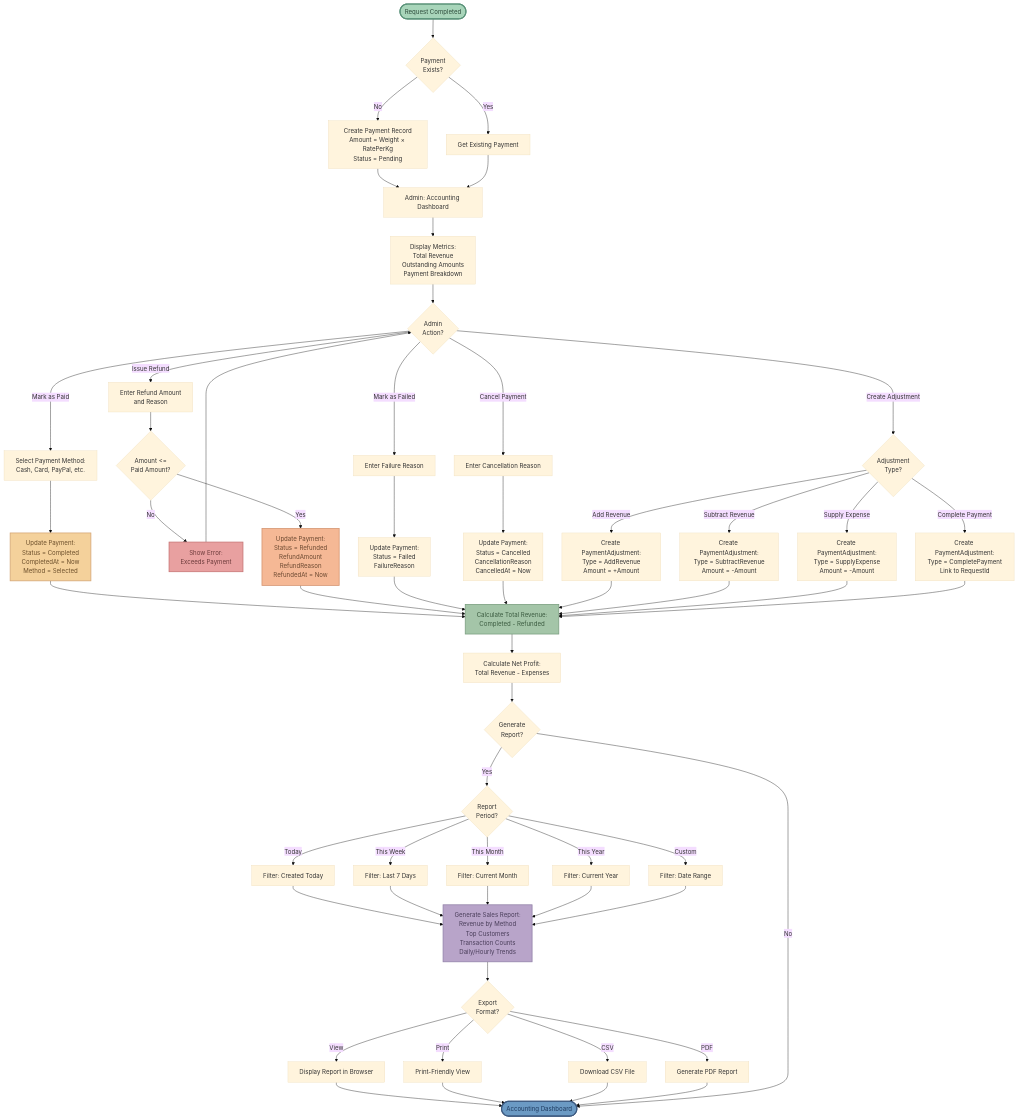
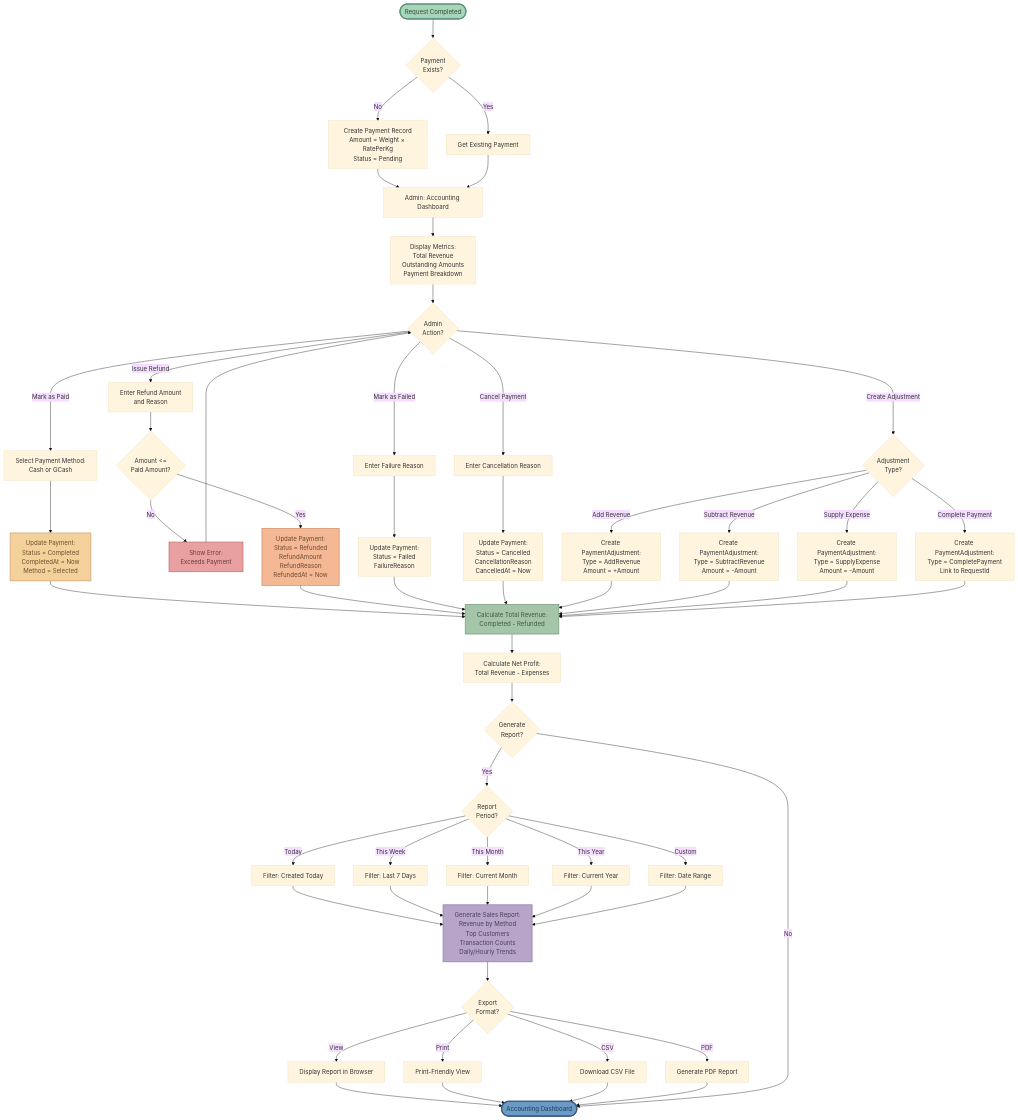
Before and after one commit to lavenderblue2/laundry-robot: diagram 16 of 19 in ALGORITHMS.md, drawn with Mermaid (base theme). The commit also changed other lines of this file and 2 other files, not shown here.

Commit message:
Update payment methods to Cash and GCash only

````diff
--- a/ALGORITHMS.md
+++ b/ALGORITHMS.md
@@ -885,81 +885,81 @@
 ```mermaid
 flowchart TD
     Start([Request Completed]) --> CheckPayment{Payment<br/>Exists?}
 
     CheckPayment -->|No| CreatePayment[Create Payment Record<br/>Amount = Weight × RatePerKg<br/>Status = Pending]
     CheckPayment -->|Yes| GetPayment[Get Existing Payment]
 
     CreatePayment --> PaymentDashboard[Admin: Accounting Dashboard]
     GetPayment --> PaymentDashboard
 
     PaymentDashboard --> ShowMetrics[Display Metrics:<br/>Total Revenue<br/>Outstanding Amounts<br/>Payment Breakdown]
 
     ShowMetrics --> AdminAction{Admin<br/>Action?}
 
-    AdminAction -->|Mark as Paid| SelectMethod[Select Payment Method:<br/>Cash, Card, PayPal, etc.]
+    AdminAction -->|Mark as Paid| SelectMethod[Select Payment Method:<br/>Cash or GCash]
     SelectMethod --> RecordPayment[Update Payment:<br/>Status = Completed<br/>CompletedAt = Now<br/>Method = Selected]
 
     AdminAction -->|Issue Refund| EnterRefund[Enter Refund Amount<br/>and Reason]
     EnterRefund --> ValidateRefund{Amount <=<br/>Paid Amount?}
     ValidateRefund -->|No| RefundError[Show Error:<br/>Exceeds Payment]
     ValidateRefund -->|Yes| ProcessRefund[Update Payment:<br/>Status = Refunded<br/>RefundAmount<br/>RefundReason<br/>RefundedAt = Now]
 
     AdminAction -->|Mark as Failed| EnterFailReason[Enter Failure Reason]
     EnterFailReason --> MarkFailed[Update Payment:<br/>Status = Failed<br/>FailureReason]
 
     AdminAction -->|Cancel Payment| EnterCancelReason[Enter Cancellation Reason]
     EnterCancelReason --> MarkCancelled[Update Payment:<br/>Status = Cancelled<br/>CancellationReason<br/>CancelledAt = Now]
 
     AdminAction -->|Create Adjustment| SelectAdjType{Adjustment<br/>Type?}
     SelectAdjType -->|Add Revenue| AddRevenue[Create PaymentAdjustment:<br/>Type = AddRevenue<br/>Amount = +Amount]
     SelectAdjType -->|Subtract Revenue| SubRevenue[Create PaymentAdjustment:<br/>Type = SubtractRevenue<br/>Amount = -Amount]
     SelectAdjType -->|Supply Expense| AddExpense[Create PaymentAdjustment:<br/>Type = SupplyExpense<br/>Amount = -Amount]
     SelectAdjType -->|Complete Payment| CompleteAdjustment[Create PaymentAdjustment:<br/>Type = CompletePayment<br/>Link to RequestId]
 
     RecordPayment --> UpdateRevenue[Calculate Total Revenue:<br/>Completed - Refunded]
     ProcessRefund --> UpdateRevenue
     MarkFailed --> UpdateRevenue
     MarkCancelled --> UpdateRevenue
     AddRevenue --> UpdateRevenue
     SubRevenue --> UpdateRevenue
     AddExpense --> UpdateRevenue
     CompleteAdjustment --> UpdateRevenue
 
     UpdateRevenue --> CalcProfit[Calculate Net Profit:<br/>Total Revenue - Expenses]
 
     CalcProfit --> AdminReport{Generate<br/>Report?}
 
     AdminReport -->|Yes| SelectPeriod{Report<br/>Period?}
     SelectPeriod -->|Today| ReportToday[Filter: Created Today]
     SelectPeriod -->|This Week| ReportWeek[Filter: Last 7 Days]
     SelectPeriod -->|This Month| ReportMonth[Filter: Current Month]
     SelectPeriod -->|This Year| ReportYear[Filter: Current Year]
     SelectPeriod -->|Custom| ReportCustom[Filter: Date Range]
 
     ReportToday --> GenerateReport[Generate Sales Report:<br/>Revenue by Method<br/>Top Customers<br/>Transaction Counts<br/>Daily/Hourly Trends]
     ReportWeek --> GenerateReport
     ReportMonth --> GenerateReport
     ReportYear --> GenerateReport
     ReportCustom --> GenerateReport
 
     GenerateReport --> ExportChoice{Export<br/>Format?}
     ExportChoice -->|View| DisplayReport[Display Report in Browser]
     ExportChoice -->|Print| PrintReport[Print-Friendly View]
     ExportChoice -->|CSV| ExportCSV[Download CSV File]
     ExportChoice -->|PDF| ExportPDF[Generate PDF Report]
 
     DisplayReport --> End([Accounting Dashboard])
     PrintReport --> End
     ExportCSV --> End
     ExportPDF --> End
     RefundError --> AdminAction
     AdminReport -->|No| End
 
     style Start fill:#A8D5BA,stroke:#5A9279,stroke-width:3px,color:#2C4A3A
     style End fill:#6B9AC4,stroke:#3D5A80,stroke-width:3px,color:#1E3A5F
     style RefundError fill:#E8A0A0,stroke:#C67373,stroke-width:2px,color:#6B3A3A
     style RecordPayment fill:#F4D19B,stroke:#D4A574,stroke-width:2px,color:#6B4E2A
     style ProcessRefund fill:#F5B895,stroke:#D49470,stroke-width:2px,color:#6B4830
     style GenerateReport fill:#B8A4C9,stroke:#9181A8,stroke-width:2px,color:#4A3E5A
     style UpdateRevenue fill:#A4C5A8,stroke:#7A9E7F,stroke-width:2px,color:#3A5A3F
 ```
````
